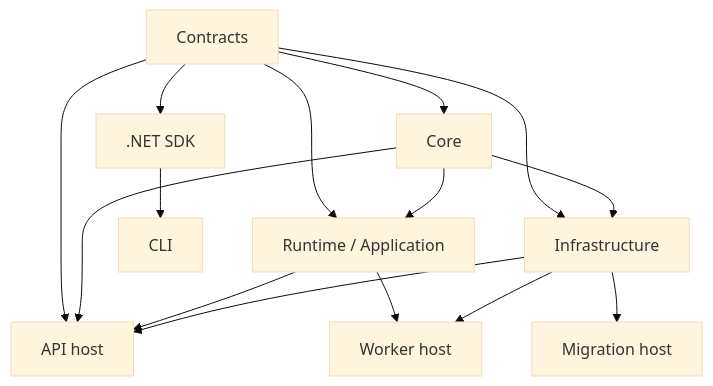
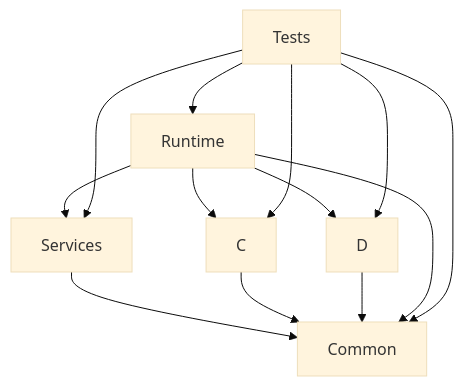
One commit to lazineziri/iRoute changed diagram 13 of 16 in docs/architecture.md. Above: the diagram before and after it, drawn with Mermaid (base theme). The commit also changed other lines of this file and 6 other files, not shown here.

Commit message:
docs: describe the dotnet-only architecture

````diff
--- a/docs/architecture.md
+++ b/docs/architecture.md
@@ -248,17 +247,15 @@
 ```mermaid
 flowchart TD
-    A["Contracts"] --> B["Core"]
-    A --> C["Runtime / Application"]
-    B --> C
-    A --> D["Infrastructure"]
-    B --> D
-    A --> E["API host"]
-    B --> E
-    C --> E
-    D --> E
-    C --> F["Worker host"]
-    D --> F
-    D --> G["Migration host"]
-    A --> H[".NET SDK"]
-    H --> I["CLI"]
+    B["Services"] --> A["Common"]
+    C --> A
+    D --> A
+    E["Runtime"] --> A
+    E --> B
+    E --> C
+    E --> D
+    F["Tests"] --> A
+    F --> B
+    F --> C
+    F --> D
+    F --> E
 ```
````
